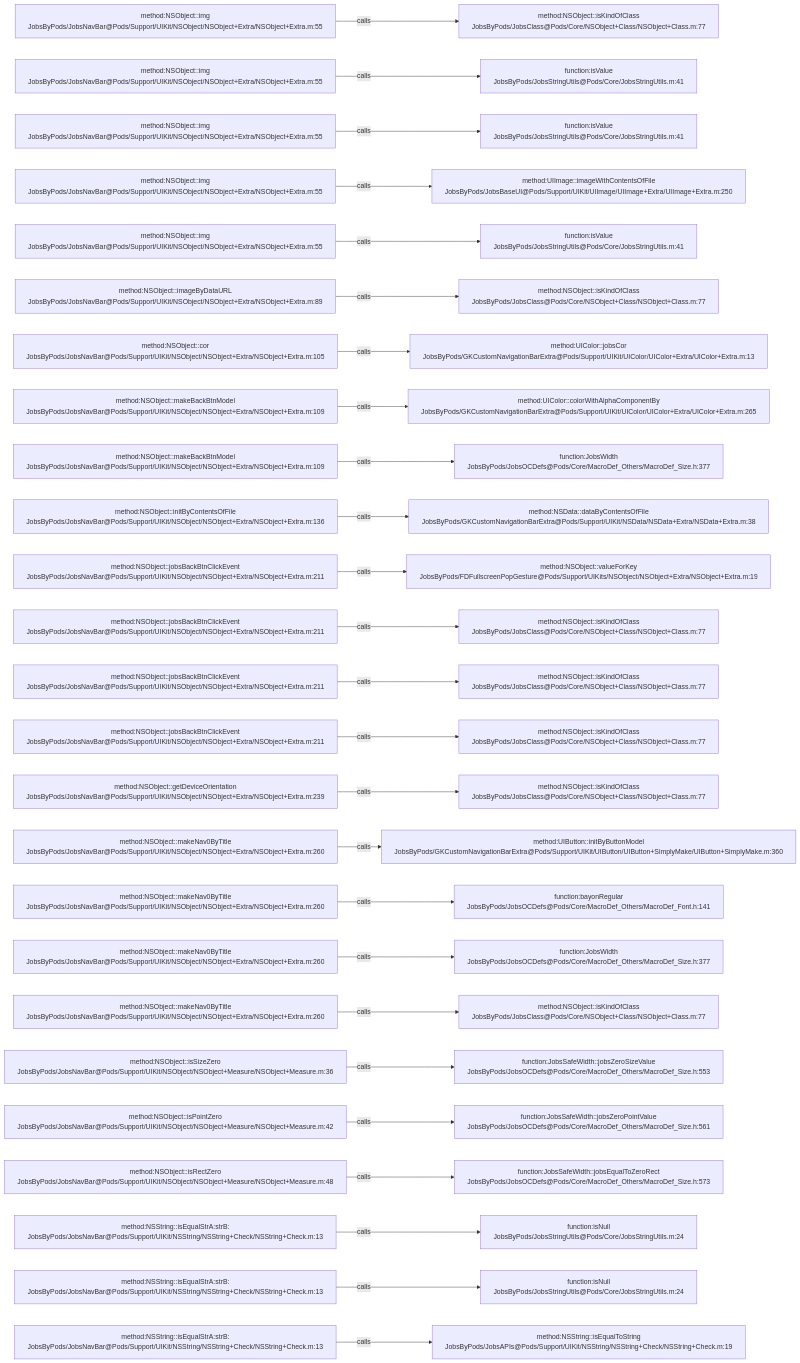
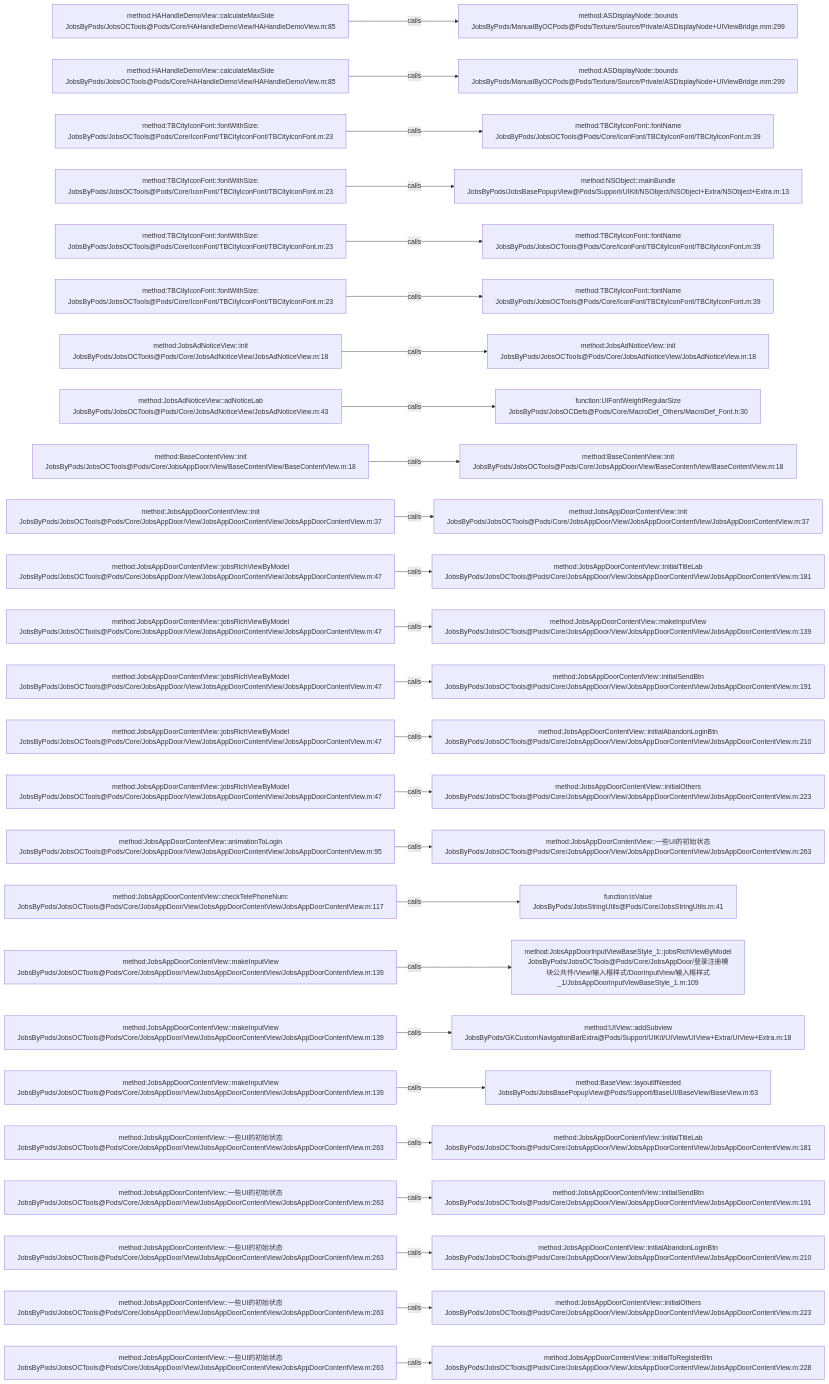
One commit to JobsKits/JobsOCBaseConfigDemo changed the diagram in .codegraph/codegraph.md/graphs/calls-148.md. Above: the diagram before and after it, drawn with Mermaid. The commit also changed 1026 other files, not shown here.

````diff
--- a/.codegraph/codegraph.md/graphs/calls-148.md
+++ b/.codegraph/codegraph.md/graphs/calls-148.md
@@ -13,78 +13,78 @@
 ```mermaid
 flowchart LR
-  S1["method:NSObject::img<br/>JobsByPods/JobsNavBar@Pods/Support/UIKit/NSObject/NSObject+Extra/NSObject+Extra.m:55"]
-  T1["method:NSObject::isKindOfClass<br/>JobsByPods/JobsClass@Pods/Core/NSObject+Class/NSObject+Class.m:77"]
+  S1["method:HAHandleDemoView::calculateMaxSide<br/>JobsByPods/JobsOCTools@Pods/Core/HAHandleDemoView/HAHandleDemoView.m:85"]
+  T1["method:ASDisplayNode::bounds<br/>JobsByPods/ManualByOCPods@Pods/Texture/Source/Private/ASDisplayNode+UIViewBridge.mm:299"]
   S1 -->|calls| T1
-  S2["method:NSObject::img<br/>JobsByPods/JobsNavBar@Pods/Support/UIKit/NSObject/NSObject+Extra/NSObject+Extra.m:55"]
-  T2["function:isValue<br/>JobsByPods/JobsStringUtils@Pods/Core/JobsStringUtils.m:41"]
+  S2["method:HAHandleDemoView::calculateMaxSide<br/>JobsByPods/JobsOCTools@Pods/Core/HAHandleDemoView/HAHandleDemoView.m:85"]
+  T2["method:ASDisplayNode::bounds<br/>JobsByPods/ManualByOCPods@Pods/Texture/Source/Private/ASDisplayNode+UIViewBridge.mm:299"]
   S2 -->|calls| T2
-  S3["method:NSObject::img<br/>JobsByPods/JobsNavBar@Pods/Support/UIKit/NSObject/NSObject+Extra/NSObject+Extra.m:55"]
-  T3["function:isValue<br/>JobsByPods/JobsStringUtils@Pods/Core/JobsStringUtils.m:41"]
+  S3["method:TBCityIconFont::fontWithSize:<br/>JobsByPods/JobsOCTools@Pods/Core/IconFont/TBCityIconFont/TBCityIconFont.m:23"]
+  T3["method:TBCityIconFont::fontName<br/>JobsByPods/JobsOCTools@Pods/Core/IconFont/TBCityIconFont/TBCityIconFont.m:39"]
   S3 -->|calls| T3
-  S4["method:NSObject::img<br/>JobsByPods/JobsNavBar@Pods/Support/UIKit/NSObject/NSObject+Extra/NSObject+Extra.m:55"]
-  T4["method:UIImage::imageWithContentsOfFile<br/>JobsByPods/JobsBaseUI@Pods/Support/UIKit/UIImage/UIImage+Extra/UIImage+Extra.m:250"]
+  S4["method:TBCityIconFont::fontWithSize:<br/>JobsByPods/JobsOCTools@Pods/Core/IconFont/TBCityIconFont/TBCityIconFont.m:23"]
+  T4["method:NSObject::mainBundle<br/>JobsByPods/JobsBasePopupView@Pods/Support/UIKit/NSObject/NSObject+Extra/NSObject+Extra.m:13"]
   S4 -->|calls| T4
-  S5["method:NSObject::img<br/>JobsByPods/JobsNavBar@Pods/Support/UIKit/NSObject/NSObject+Extra/NSObject+Extra.m:55"]
-  T5["function:isValue<br/>JobsByPods/JobsStringUtils@Pods/Core/JobsStringUtils.m:41"]
+  S5["method:TBCityIconFont::fontWithSize:<br/>JobsByPods/JobsOCTools@Pods/Core/IconFont/TBCityIconFont/TBCityIconFont.m:23"]
+  T5["method:TBCityIconFont::fontName<br/>JobsByPods/JobsOCTools@Pods/Core/IconFont/TBCityIconFont/TBCityIconFont.m:39"]
   S5 -->|calls| T5
-  S6["method:NSObject::imageByDataURL<br/>JobsByPods/JobsNavBar@Pods/Support/UIKit/NSObject/NSObject+Extra/NSObject+Extra.m:89"]
-  T6["method:NSObject::isKindOfClass<br/>JobsByPods/JobsClass@Pods/Core/NSObject+Class/NSObject+Class.m:77"]
+  S6["method:TBCityIconFont::fontWithSize:<br/>JobsByPods/JobsOCTools@Pods/Core/IconFont/TBCityIconFont/TBCityIconFont.m:23"]
+  T6["method:TBCityIconFont::fontName<br/>JobsByPods/JobsOCTools@Pods/Core/IconFont/TBCityIconFont/TBCityIconFont.m:39"]
   S6 -->|calls| T6
-  S7["method:NSObject::cor<br/>JobsByPods/JobsNavBar@Pods/Support/UIKit/NSObject/NSObject+Extra/NSObject+Extra.m:105"]
-  T7["method:UIColor::jobsCor<br/>JobsByPods/GKCustomNavigationBarExtra@Pods/Support/UIKit/UIColor/UIColor+Extra/UIColor+Extra.m:13"]
+  S7["method:JobsAdNoticeView::init<br/>JobsByPods/JobsOCTools@Pods/Core/JobsAdNoticeView/JobsAdNoticeView.m:18"]
+  T7["method:JobsAdNoticeView::init<br/>JobsByPods/JobsOCTools@Pods/Core/JobsAdNoticeView/JobsAdNoticeView.m:18"]
   S7 -->|calls| T7
-  S8["method:NSObject::makeBackBtnModel<br/>JobsByPods/JobsNavBar@Pods/Support/UIKit/NSObject/NSObject+Extra/NSObject+Extra.m:109"]
-  T8["method:UIColor::colorWithAlphaComponentBy<br/>JobsByPods/GKCustomNavigationBarExtra@Pods/Support/UIKit/UIColor/UIColor+Extra/UIColor+Extra.m:265"]
+  S8["method:JobsAdNoticeView::adNoticeLab<br/>JobsByPods/JobsOCTools@Pods/Core/JobsAdNoticeView/JobsAdNoticeView.m:43"]
+  T8["function:UIFontWeightRegularSize<br/>JobsByPods/JobsOCDefs@Pods/Core/MacroDef_Others/MacroDef_Font.h:30"]
   S8 -->|calls| T8
-  S9["method:NSObject::makeBackBtnModel<br/>JobsByPods/JobsNavBar@Pods/Support/UIKit/NSObject/NSObject+Extra/NSObject+Extra.m:109"]
-  T9["function:JobsWidth<br/>JobsByPods/JobsOCDefs@Pods/Core/MacroDef_Others/MacroDef_Size.h:377"]
+  S9["method:BaseContentView::init<br/>JobsByPods/JobsOCTools@Pods/Core/JobsAppDoor/View/BaseContentView/BaseContentView.m:18"]
+  T9["method:BaseContentView::init<br/>JobsByPods/JobsOCTools@Pods/Core/JobsAppDoor/View/BaseContentView/BaseContentView.m:18"]
   S9 -->|calls| T9
-  S10["method:NSObject::initByContentsOfFile<br/>JobsByPods/JobsNavBar@Pods/Support/UIKit/NSObject/NSObject+Extra/NSObject+Extra.m:136"]
-  T10["method:NSData::dataByContentsOfFile<br/>JobsByPods/GKCustomNavigationBarExtra@Pods/Support/UIKit/NSData/NSData+Extra/NSData+Extra.m:38"]
+  S10["method:JobsAppDoorContentView::init<br/>JobsByPods/JobsOCTools@Pods/Core/JobsAppDoor/View/JobsAppDoorContentView/JobsAppDoorContentView.m:37"]
+  T10["method:JobsAppDoorContentView::init<br/>JobsByPods/JobsOCTools@Pods/Core/JobsAppDoor/View/JobsAppDoorContentView/JobsAppDoorContentView.m:37"]
   S10 -->|calls| T10
-  S11["method:NSObject::jobsBackBtnClickEvent<br/>JobsByPods/JobsNavBar@Pods/Support/UIKit/NSObject/NSObject+Extra/NSObject+Extra.m:211"]
-  T11["method:NSObject::valueForKey<br/>JobsByPods/FDFullscreenPopGesture@Pods/Support/UIKits/NSObject/NSObject+Extra/NSObject+Extra.m:19"]
+  S11["method:JobsAppDoorContentView::jobsRichViewByModel<br/>JobsByPods/JobsOCTools@Pods/Core/JobsAppDoor/View/JobsAppDoorContentView/JobsAppDoorContentView.m:47"]
+  T11["method:JobsAppDoorContentView::initialTitleLab<br/>JobsByPods/JobsOCTools@Pods/Core/JobsAppDoor/View/JobsAppDoorContentView/JobsAppDoorContentView.m:181"]
   S11 -->|calls| T11
-  S12["method:NSObject::jobsBackBtnClickEvent<br/>JobsByPods/JobsNavBar@Pods/Support/UIKit/NSObject/NSObject+Extra/NSObject+Extra.m:211"]
-  T12["method:NSObject::isKindOfClass<br/>JobsByPods/JobsClass@Pods/Core/NSObject+Class/NSObject+Class.m:77"]
+  S12["method:JobsAppDoorContentView::jobsRichViewByModel<br/>JobsByPods/JobsOCTools@Pods/Core/JobsAppDoor/View/JobsAppDoorContentView/JobsAppDoorContentView.m:47"]
+  T12["method:JobsAppDoorContentView::makeInputView<br/>JobsByPods/JobsOCTools@Pods/Core/JobsAppDoor/View/JobsAppDoorContentView/JobsAppDoorContentView.m:139"]
   S12 -->|calls| T12
-  S13["method:NSObject::jobsBackBtnClickEvent<br/>JobsByPods/JobsNavBar@Pods/Support/UIKit/NSObject/NSObject+Extra/NSObject+Extra.m:211"]
-  T13["method:NSObject::isKindOfClass<br/>JobsByPods/JobsClass@Pods/Core/NSObject+Class/NSObject+Class.m:77"]
+  S13["method:JobsAppDoorContentView::jobsRichViewByModel<br/>JobsByPods/JobsOCTools@Pods/Core/JobsAppDoor/View/JobsAppDoorContentView/JobsAppDoorContentView.m:47"]
+  T13["method:JobsAppDoorContentView::initialSendBtn<br/>JobsByPods/JobsOCTools@Pods/Core/JobsAppDoor/View/JobsAppDoorContentView/JobsAppDoorContentView.m:191"]
   S13 -->|calls| T13
-  S14["method:NSObject::jobsBackBtnClickEvent<br/>JobsByPods/JobsNavBar@Pods/Support/UIKit/NSObject/NSObject+Extra/NSObject+Extra.m:211"]
-  T14["method:NSObject::isKindOfClass<br/>JobsByPods/JobsClass@Pods/Core/NSObject+Class/NSObject+Class.m:77"]
+  S14["method:JobsAppDoorContentView::jobsRichViewByModel<br/>JobsByPods/JobsOCTools@Pods/Core/JobsAppDoor/View/JobsAppDoorContentView/JobsAppDoorContentView.m:47"]
+  T14["method:JobsAppDoorContentView::initialAbandonLoginBtn<br/>JobsByPods/JobsOCTools@Pods/Core/JobsAppDoor/View/JobsAppDoorContentView/JobsAppDoorContentView.m:210"]
   S14 -->|calls| T14
-  S15["method:NSObject::getDeviceOrientation<br/>JobsByPods/JobsNavBar@Pods/Support/UIKit/NSObject/NSObject+Extra/NSObject+Extra.m:239"]
-  T15["method:NSObject::isKindOfClass<br/>JobsByPods/JobsClass@Pods/Core/NSObject+Class/NSObject+Class.m:77"]
+  S15["method:JobsAppDoorContentView::jobsRichViewByModel<br/>JobsByPods/JobsOCTools@Pods/Core/JobsAppDoor/View/JobsAppDoorContentView/JobsAppDoorContentView.m:47"]
+  T15["method:JobsAppDoorContentView::initialOthers<br/>JobsByPods/JobsOCTools@Pods/Core/JobsAppDoor/View/JobsAppDoorContentView/JobsAppDoorContentView.m:223"]
   S15 -->|calls| T15
-  S16["method:NSObject::makeNav0ByTitle<br/>JobsByPods/JobsNavBar@Pods/Support/UIKit/NSObject/NSObject+Extra/NSObject+Extra.m:260"]
-  T16["method:UIButton::initByButtonModel<br/>JobsByPods/GKCustomNavigationBarExtra@Pods/Support/UIKit/UIButton/UIButton+SimplyMake/UIButton+SimplyMake.m:360"]
+  S16["method:JobsAppDoorContentView::animationToLogin<br/>JobsByPods/JobsOCTools@Pods/Core/JobsAppDoor/View/JobsAppDoorContentView/JobsAppDoorContentView.m:95"]
+  T16["method:JobsAppDoorContentView::一些UI的初始状态<br/>JobsByPods/JobsOCTools@Pods/Core/JobsAppDoor/View/JobsAppDoorContentView/JobsAppDoorContentView.m:263"]
   S16 -->|calls| T16
-  S17["method:NSObject::makeNav0ByTitle<br/>JobsByPods/JobsNavBar@Pods/Support/UIKit/NSObject/NSObject+Extra/NSObject+Extra.m:260"]
-  T17["function:bayonRegular<br/>JobsByPods/JobsOCDefs@Pods/Core/MacroDef_Others/MacroDef_Font.h:141"]
+  S17["method:JobsAppDoorContentView::checkTelePhoneNum:<br/>JobsByPods/JobsOCTools@Pods/Core/JobsAppDoor/View/JobsAppDoorContentView/JobsAppDoorContentView.m:117"]
+  T17["function:isValue<br/>JobsByPods/JobsStringUtils@Pods/Core/JobsStringUtils.m:41"]
   S17 -->|calls| T17
-  S18["method:NSObject::makeNav0ByTitle<br/>JobsByPods/JobsNavBar@Pods/Support/UIKit/NSObject/NSObject+Extra/NSObject+Extra.m:260"]
-  T18["function:JobsWidth<br/>JobsByPods/JobsOCDefs@Pods/Core/MacroDef_Others/MacroDef_Size.h:377"]
+  S18["method:JobsAppDoorContentView::makeInputView<br/>JobsByPods/JobsOCTools@Pods/Core/JobsAppDoor/View/JobsAppDoorContentView/JobsAppDoorContentView.m:139"]
+  T18["method:JobsAppDoorInputViewBaseStyle_1::jobsRichViewByModel<br/>JobsByPods/JobsOCTools@Pods/Core/JobsAppDoor/登录注册模块公共件/View/输入框样式/DoorInputView/输入框样式_1/JobsAppDoorInputViewBaseStyle_1.m:109"]
   S18 -->|calls| T18
-  S19["method:NSObject::makeNav0ByTitle<br/>JobsByPods/JobsNavBar@Pods/Support/UIKit/NSObject/NSObject+Extra/NSObject+Extra.m:260"]
-  T19["method:NSObject::isKindOfClass<br/>JobsByPods/JobsClass@Pods/Core/NSObject+Class/NSObject+Class.m:77"]
+  S19["method:JobsAppDoorContentView::makeInputView<br/>JobsByPods/JobsOCTools@Pods/Core/JobsAppDoor/View/JobsAppDoorContentView/JobsAppDoorContentView.m:139"]
+  T19["method:UIView::addSubview<br/>JobsByPods/GKCustomNavigationBarExtra@Pods/Support/UIKit/UIView/UIView+Extra/UIView+Extra.m:18"]
   S19 -->|calls| T19
-  S20["method:NSObject::isSizeZero<br/>JobsByPods/JobsNavBar@Pods/Support/UIKit/NSObject/NSObject+Measure/NSObject+Measure.m:36"]
-  T20["function:JobsSafeWidth::jobsZeroSizeValue<br/>JobsByPods/JobsOCDefs@Pods/Core/MacroDef_Others/MacroDef_Size.h:553"]
+  S20["method:JobsAppDoorContentView::makeInputView<br/>JobsByPods/JobsOCTools@Pods/Core/JobsAppDoor/View/JobsAppDoorContentView/JobsAppDoorContentView.m:139"]
+  T20["method:BaseView::layoutIfNeeded<br/>JobsByPods/JobsBasePopupView@Pods/Support/BaseUI/BaseView/BaseView.m:63"]
   S20 -->|calls| T20
-  S21["method:NSObject::isPointZero<br/>JobsByPods/JobsNavBar@Pods/Support/UIKit/NSObject/NSObject+Measure/NSObject+Measure.m:42"]
-  T21["function:JobsSafeWidth::jobsZeroPointValue<br/>JobsByPods/JobsOCDefs@Pods/Core/MacroDef_Others/MacroDef_Size.h:561"]
+  S21["method:JobsAppDoorContentView::一些UI的初始状态<br/>JobsByPods/JobsOCTools@Pods/Core/JobsAppDoor/View/JobsAppDoorContentView/JobsAppDoorContentView.m:263"]
+  T21["method:JobsAppDoorContentView::initialTitleLab<br/>JobsByPods/JobsOCTools@Pods/Core/JobsAppDoor/View/JobsAppDoorContentView/JobsAppDoorContentView.m:181"]
   S21 -->|calls| T21
-  S22["method:NSObject::isRectZero<br/>JobsByPods/JobsNavBar@Pods/Support/UIKit/NSObject/NSObject+Measure/NSObject+Measure.m:48"]
-  T22["function:JobsSafeWidth::jobsEqualToZeroRect<br/>JobsByPods/JobsOCDefs@Pods/Core/MacroDef_Others/MacroDef_Size.h:573"]
+  S22["method:JobsAppDoorContentView::一些UI的初始状态<br/>JobsByPods/JobsOCTools@Pods/Core/JobsAppDoor/View/JobsAppDoorContentView/JobsAppDoorContentView.m:263"]
+  T22["method:JobsAppDoorContentView::initialSendBtn<br/>JobsByPods/JobsOCTools@Pods/Core/JobsAppDoor/View/JobsAppDoorContentView/JobsAppDoorContentView.m:191"]
   S22 -->|calls| T22
-  S23["method:NSString::isEqualStrA:strB:<br/>JobsByPods/JobsNavBar@Pods/Support/UIKit/NSString/NSString+Check/NSString+Check.m:13"]
-  T23["function:isNull<br/>JobsByPods/JobsStringUtils@Pods/Core/JobsStringUtils.m:24"]
+  S23["method:JobsAppDoorContentView::一些UI的初始状态<br/>JobsByPods/JobsOCTools@Pods/Core/JobsAppDoor/View/JobsAppDoorContentView/JobsAppDoorContentView.m:263"]
+  T23["method:JobsAppDoorContentView::initialAbandonLoginBtn<br/>JobsByPods/JobsOCTools@Pods/Core/JobsAppDoor/View/JobsAppDoorContentView/JobsAppDoorContentView.m:210"]
   S23 -->|calls| T23
-  S24["method:NSString::isEqualStrA:strB:<br/>JobsByPods/JobsNavBar@Pods/Support/UIKit/NSString/NSString+Check/NSString+Check.m:13"]
-  T24["function:isNull<br/>JobsByPods/JobsStringUtils@Pods/Core/JobsStringUtils.m:24"]
+  S24["method:JobsAppDoorContentView::一些UI的初始状态<br/>JobsByPods/JobsOCTools@Pods/Core/JobsAppDoor/View/JobsAppDoorContentView/JobsAppDoorContentView.m:263"]
+  T24["method:JobsAppDoorContentView::initialOthers<br/>JobsByPods/JobsOCTools@Pods/Core/JobsAppDoor/View/JobsAppDoorContentView/JobsAppDoorContentView.m:223"]
   S24 -->|calls| T24
-  S25["method:NSString::isEqualStrA:strB:<br/>JobsByPods/JobsNavBar@Pods/Support/UIKit/NSString/NSString+Check/NSString+Check.m:13"]
-  T25["method:NSString::isEqualToString<br/>JobsByPods/JobsAPIs@Pods/Support/UIKit/NSString/NSString+Check/NSString+Check.m:19"]
+  S25["method:JobsAppDoorContentView::一些UI的初始状态<br/>JobsByPods/JobsOCTools@Pods/Core/JobsAppDoor/View/JobsAppDoorContentView/JobsAppDoorContentView.m:263"]
+  T25["method:JobsAppDoorContentView::initialToRegisterBtn<br/>JobsByPods/JobsOCTools@Pods/Core/JobsAppDoor/View/JobsAppDoorContentView/JobsAppDoorContentView.m:228"]
   S25 -->|calls| T25
 ```
````
